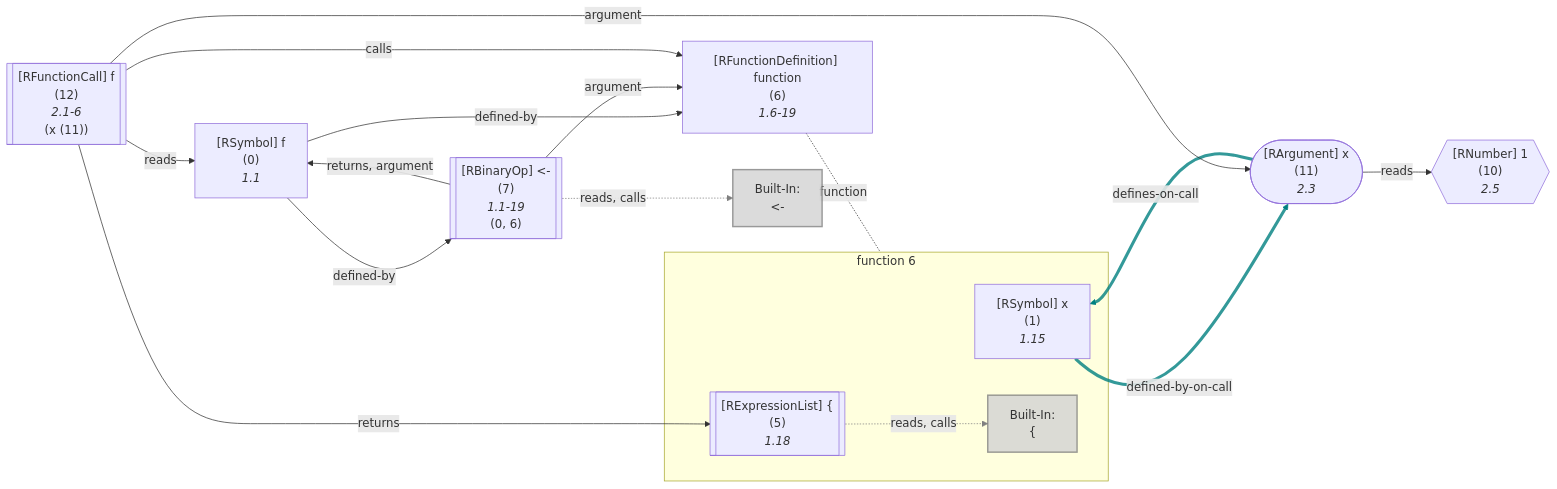
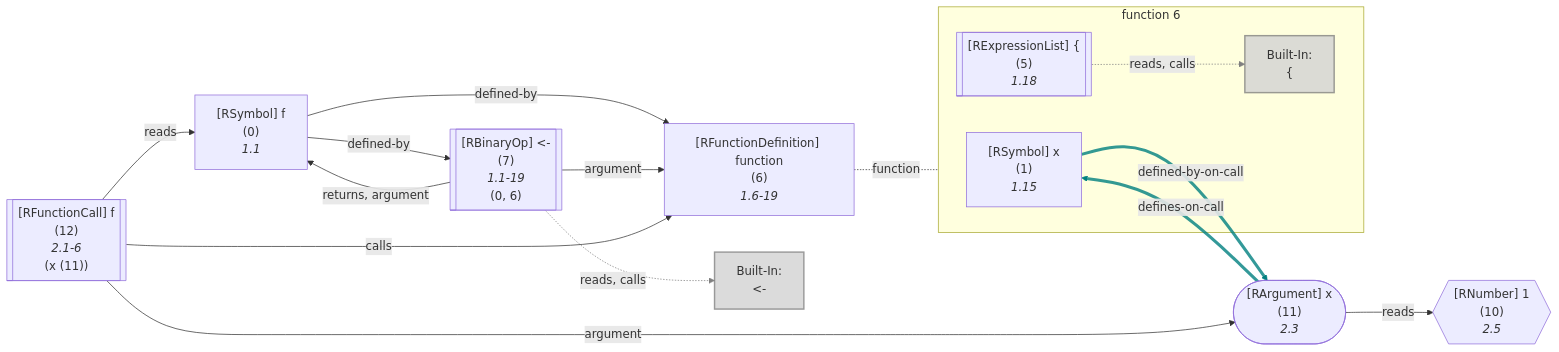
Before and after one commit to flowr-analysis/flowr: diagram 39 of 51 in wiki/Dataflow Graph.md, drawn with Mermaid. The commit also changed other lines of this file and 13 other files, not shown here.

Commit message:
[skip ci] doc: update generated wiki pages (wiki/Capabilities,wiki/Dataflow Graph,wiki/Interface,wiki/Core,README)

````diff
--- a/wiki/Dataflow Graph.md
+++ b/wiki/Dataflow Graph.md
@@ -5021,61 +5026,60 @@
 ```mermaid
 flowchart LR
     6["`#91;RFunctionDefinition#93; function
       (6)
       *1.6-19*`"]
 
 subgraph "flow-6" [function 6]
     1["`#91;RSymbol#93; x
       (1)
       *1.15*`"]
     5[["`#91;RExpressionList#93; #123;
       (5)
       *1.18*`"]]
     built-in:_["`Built-In:
 #123;`"]
     style built-in:_ stroke:gray,fill:lightgray,stroke-width:2px,opacity:.8;
 end
     0["`#91;RSymbol#93; f
       (0)
       *1.1*`"]
     7[["`#91;RBinaryOp#93; #60;#45;
       (7)
       *1.1-19*
     (0, 6)`"]]
     built-in:_-["`Built-In:
 #60;#45;`"]
     style built-in:_- stroke:gray,fill:lightgray,stroke-width:2px,opacity:.8;
     10{{"`#91;RNumber#93; 1
       (10)
       *2.5*`"}}
     11(["`#91;RArgument#93; x
       (11)
       *2.3*`"])
     %% Environment of 12 [level: 0]:
     %% Built-in
-    %% 1068----------------------------------------
+    %% 1070----------------------------------------
     %%   f: {**f** (id: 0, type: Function, def. @7)}
     12[["`#91;RFunctionCall#93; f
       (12)
       *2.1-6*
     (x (11))`"]]
     1 -->|"defined-by-on-call"| 11
     linkStyle 0 stroke:teal,stroke-width:4.2px,stroke-opacity:.8
     5 -.->|"reads, calls"| built-in:_
     linkStyle 1 stroke:gray;
 6 -.-|function| flow-6
 
     0 -->|"defined-by"| 6
     0 -->|"defined-by"| 7
     7 -->|"argument"| 6
     7 -->|"returns, argument"| 0
     7 -.->|"reads, calls"| built-in:_-
     linkStyle 7 stroke:gray;
     11 -->|"reads"| 10
     11 -->|"defines-on-call"| 1
     linkStyle 9 stroke:teal,stroke-width:4.2px,stroke-opacity:.8
     12 -->|"argument"| 11
     12 -->|"reads"| 0
-    12 -->|"returns"| 5
     12 -->|"calls"| 6
 ```
````
